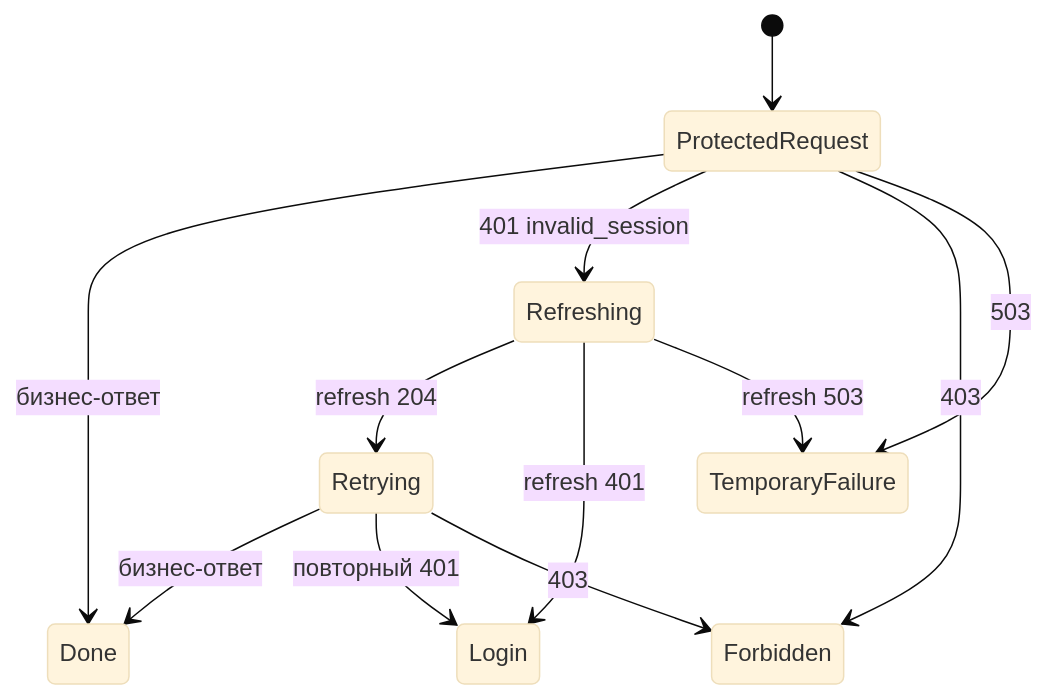
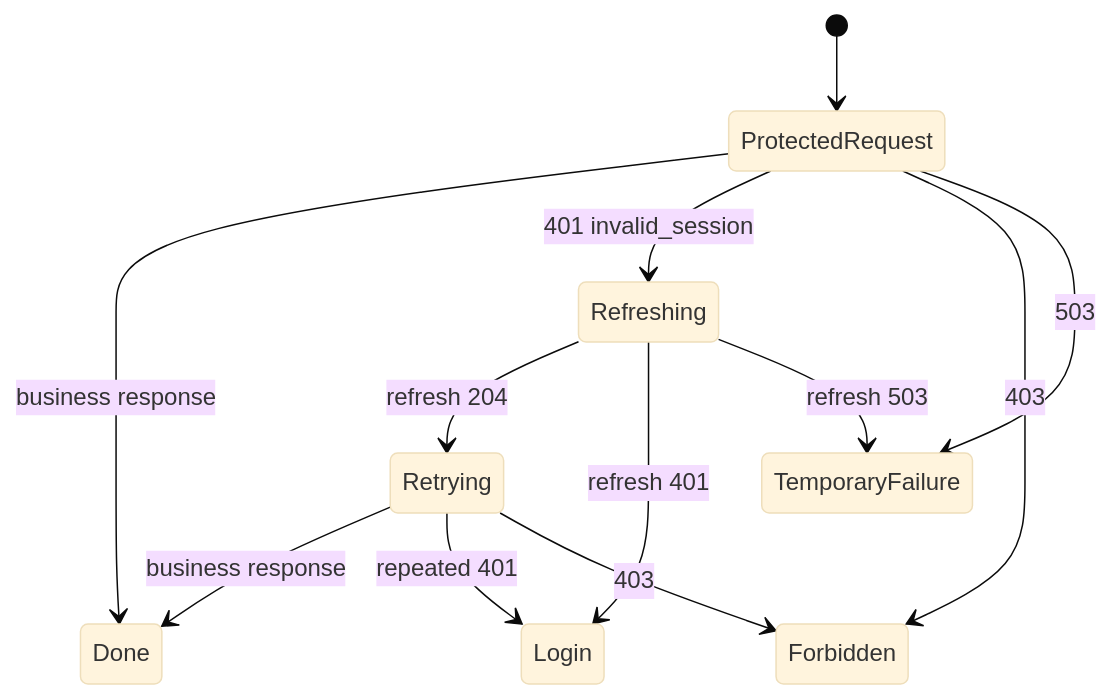
The second of 3 diagrams in courses-content/backend/A/1/en/2.1.2 Авторизация.md (pavel-skripko-innowise/inno-fe-be-a1), drawn with Mermaid (base theme) before and after one commit. The commit also changed other lines of this file and 35 other files, not shown here.

````diff
--- a/courses-content/backend/A/1/en/2.1.2 Авторизация.md
+++ b/courses-content/backend/A/1/en/2.1.2 Авторизация.md
@@ -70,14 +70,14 @@
 ```mermaid
 stateDiagram-v2
   [*] --> ProtectedRequest
-  ProtectedRequest --> Done: бизнес-ответ
+  ProtectedRequest --> Done: business response
   ProtectedRequest --> Refreshing: 401 invalid_session
   ProtectedRequest --> Forbidden: 403
   ProtectedRequest --> TemporaryFailure: 503
   Refreshing --> Retrying: refresh 204
   Refreshing --> Login: refresh 401
   Refreshing --> TemporaryFailure: refresh 503
-  Retrying --> Done: бизнес-ответ
-  Retrying --> Login: повторный 401
+  Retrying --> Done: business response
+  Retrying --> Login: repeated 401
   Retrying --> Forbidden: 403
 ```
````
